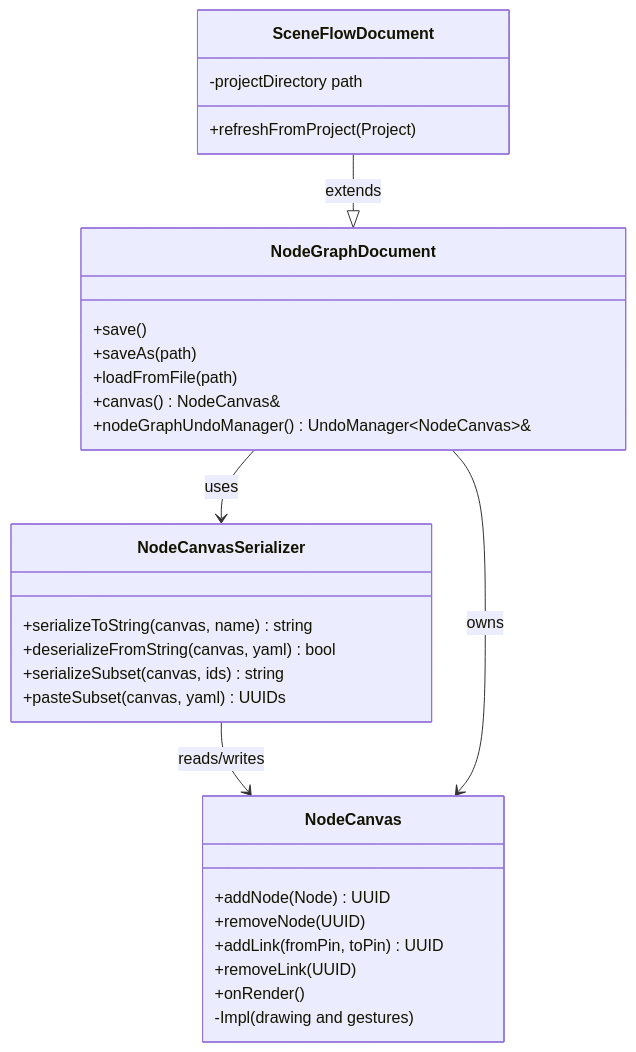
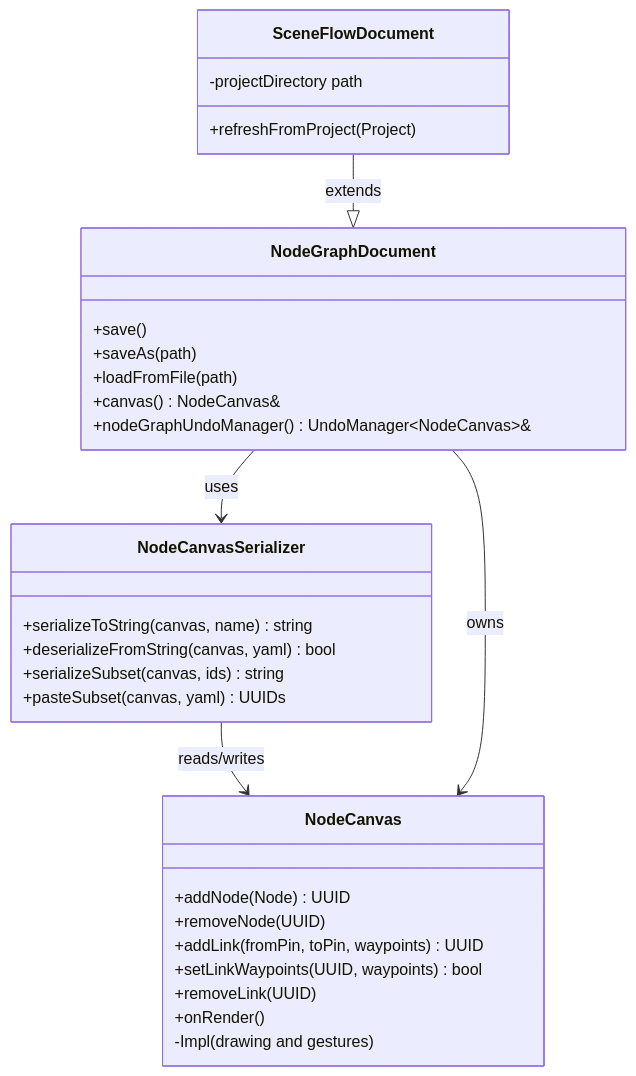
Before and after one commit to Silmaen/Owl: the diagram in doc/pages/node_graph.md, drawn with Mermaid. The commit also changed other lines of this file and 121 other files, not shown here.

First line of the commit message:
Route node-graph links through waypoints in every graph editor (#347)

````diff
--- a/doc/pages/node_graph.md
+++ b/doc/pages/node_graph.md
@@ -21,32 +21,33 @@
 ```mermaid
 classDiagram
     class NodeCanvas {
         +addNode(Node) UUID
         +removeNode(UUID)
-        +addLink(fromPin, toPin) UUID
+        +addLink(fromPin, toPin, waypoints) UUID
+        +setLinkWaypoints(UUID, waypoints) bool
         +removeLink(UUID)
         +onRender()
         -Impl (drawing and gestures)
     }
     class NodeCanvasSerializer {
         +serializeToString(canvas, name) string
         +deserializeFromString(canvas, yaml) bool
         +serializeSubset(canvas, ids) string
         +pasteSubset(canvas, yaml) UUIDs
     }
     class NodeGraphDocument {
         +save()
         +saveAs(path)
         +loadFromFile(path)
         +canvas() NodeCanvas&
         +nodeGraphUndoManager() UndoManager~NodeCanvas~&
     }
     class SceneFlowDocument {
         +refreshFromProject(Project)
         -projectDirectory path
     }
     NodeCanvasSerializer --> NodeCanvas : reads/writes
     NodeGraphDocument --> NodeCanvas : owns
     NodeGraphDocument --> NodeCanvasSerializer : uses
     SceneFlowDocument --|> NodeGraphDocument : extends
 ```
````
